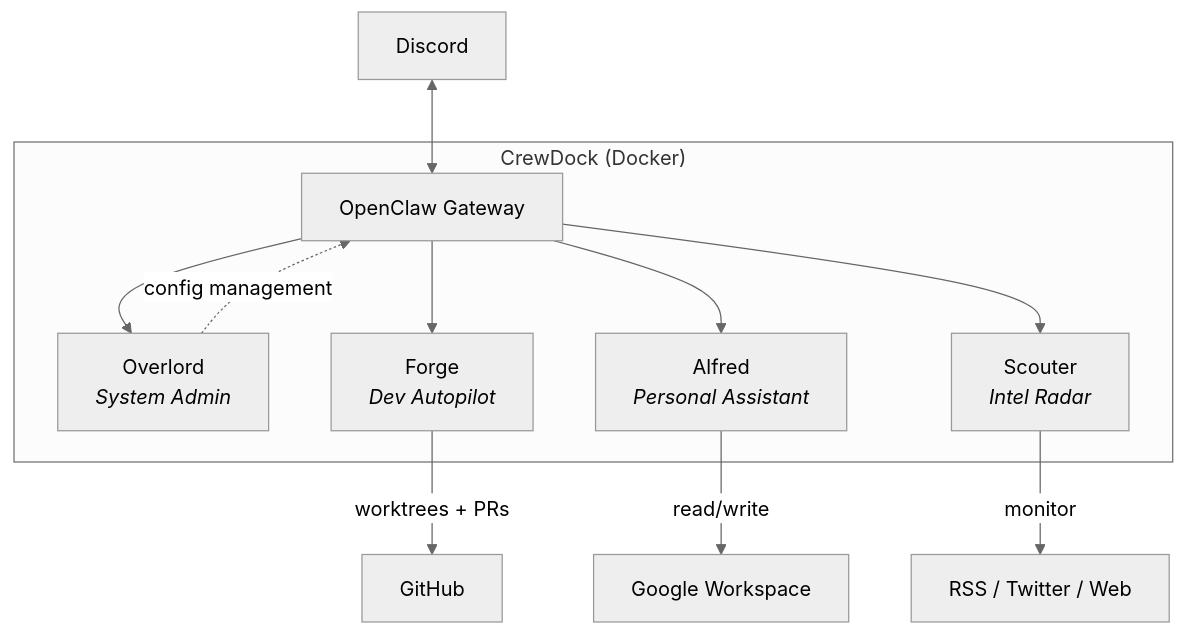
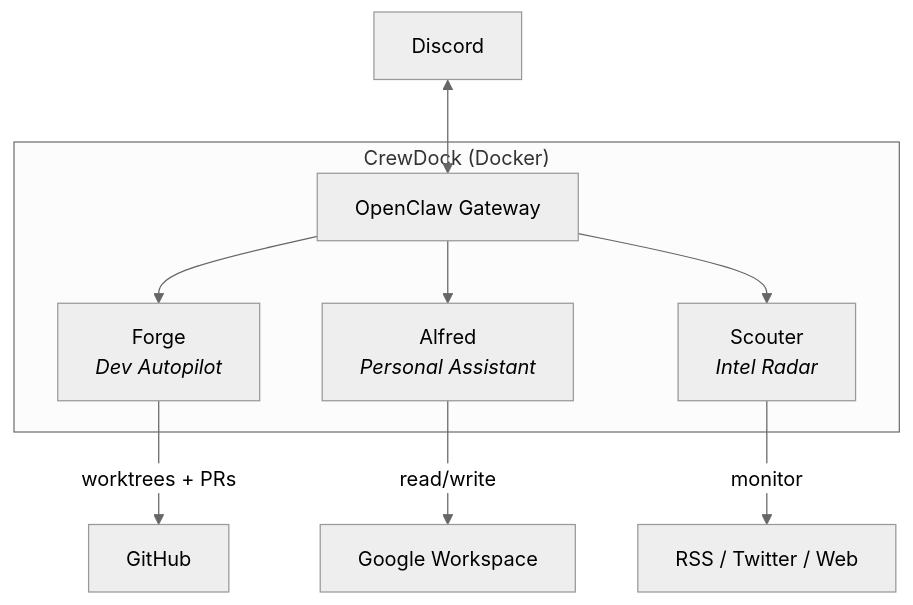
The diagram in README.md (dasirra/crewdock), drawn with Mermaid (neutral theme) before and after one commit. The commit also changed other lines of this file, not shown here.

First line of the commit message:
docs: demote Overlord from README, present CrewDock as 3-agent crew

````diff
--- a/README.md
+++ b/README.md
@@ -12,18 +12,16 @@
 ```mermaid
 graph TB
     subgraph CrewDock ["CrewDock (Docker)"]
         GW[OpenClaw Gateway]
 
-        GW --> Overlord["Overlord<br/><i>System Admin</i>"]
         GW --> Forge["Forge<br/><i>Dev Autopilot</i>"]
         GW --> Alfred["Alfred<br/><i>Personal Assistant</i>"]
         GW --> Scouter["Scouter<br/><i>Intel Radar</i>"]
     end
 
-    Overlord -.-> |config management| GW
     Forge --> |worktrees + PRs| GitHub
     Alfred --> |read/write| Google["Google Workspace"]
     Scouter --> |monitor| Sources["RSS / Twitter / Web"]
 
     Discord <--> GW
 ```
````
